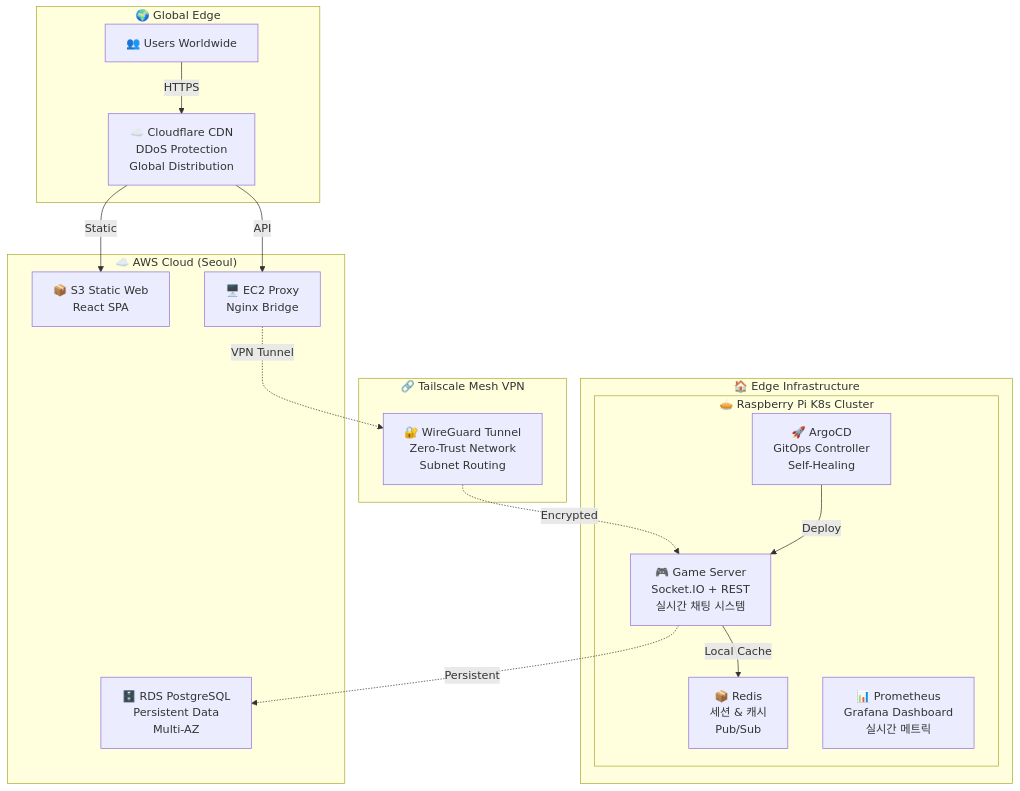
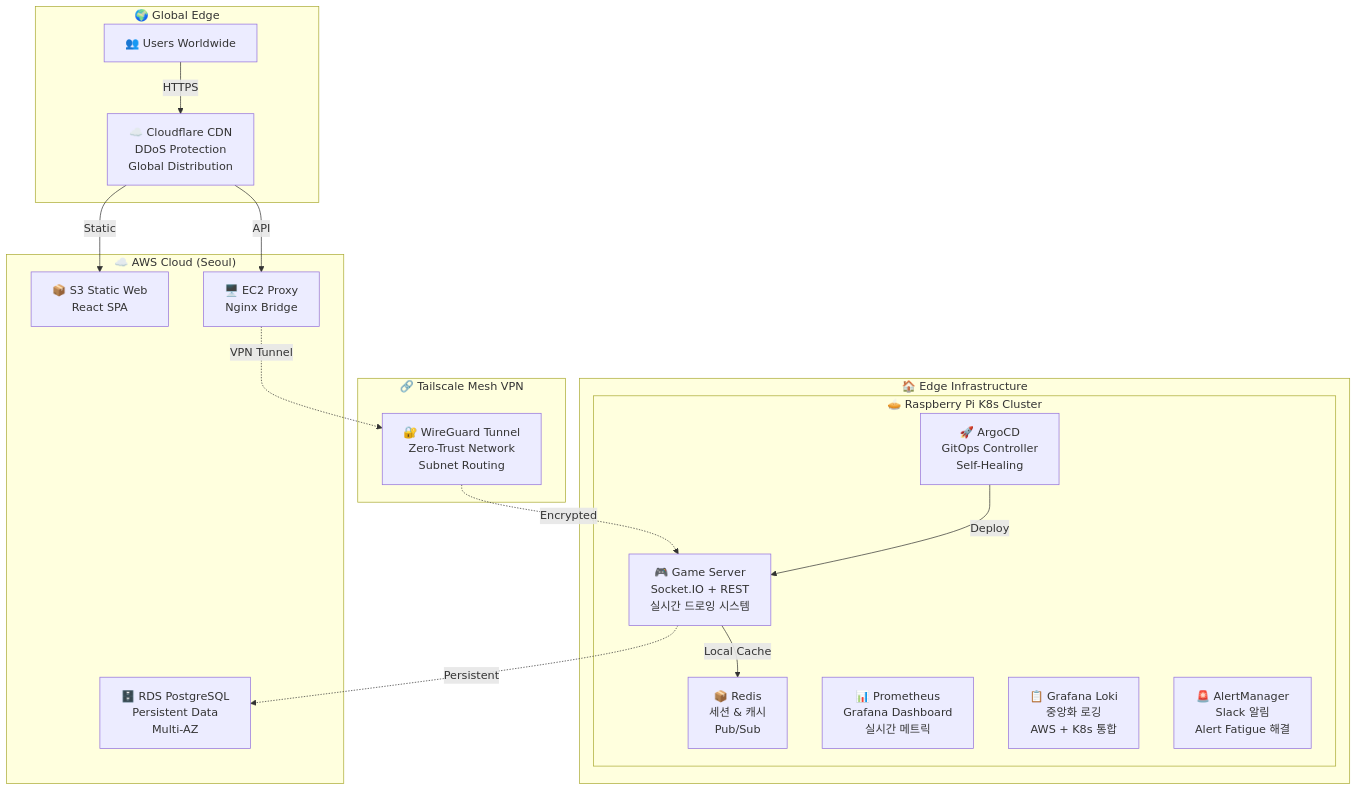
The diagram in README.md (Hwara/DrawGuess), drawn with Mermaid before and after one commit. The commit also changed other lines of this file, not shown here.

````diff
--- a/README.md
+++ b/README.md
@@ -52,35 +55,37 @@
 ```mermaid
 graph TB
     subgraph "🌍 Global Edge"
         Users[👥 Users Worldwide]
         CDN[☁️ Cloudflare CDN<br/>DDoS Protection<br/>Global Distribution]
     end
     
     subgraph "☁️ AWS Cloud (Seoul)"
         S3[📦 S3 Static Web<br/>React SPA]
         EC2[🖥️ EC2 Proxy<br/>Nginx Bridge]
         RDS[🗄️ RDS PostgreSQL<br/>Persistent Data<br/>Multi-AZ]
     end
     
     subgraph "🔗 Tailscale Mesh VPN"
         VPN[🔐 WireGuard Tunnel<br/>Zero-Trust Network<br/>Subnet Routing]
     end
     
     subgraph "🏠 Edge Infrastructure"
         subgraph "🥧 Raspberry Pi K8s Cluster"
-            GameServer[🎮 Game Server<br/>Socket.IO + REST<br/>실시간 채팅 시스템]
+            GameServer[🎮 Game Server<br/>Socket.IO + REST<br/>실시간 드로잉 시스템]
             Redis[📦 Redis<br/>세션 & 캐시<br/>Pub/Sub]
             ArgoCD[🚀 ArgoCD<br/>GitOps Controller<br/>Self-Healing]
             Monitoring[📊 Prometheus<br/>Grafana Dashboard<br/>실시간 메트릭]
+            Logging[📋 Grafana Loki<br/>중앙화 로깅<br/>AWS + K8s 통합]
+            Alerting[🚨 AlertManager<br/>Slack 알림<br/>Alert Fatigue 해결]
         end
     end
     
     Users -->|HTTPS| CDN
     CDN -->|Static| S3
     CDN -->|API| EC2
     EC2 -.->|VPN Tunnel| VPN
     VPN -.->|Encrypted| GameServer
     GameServer -->|Local Cache| Redis
     GameServer -.->|Persistent| RDS
     ArgoCD -->|Deploy| GameServer
 ```
````
